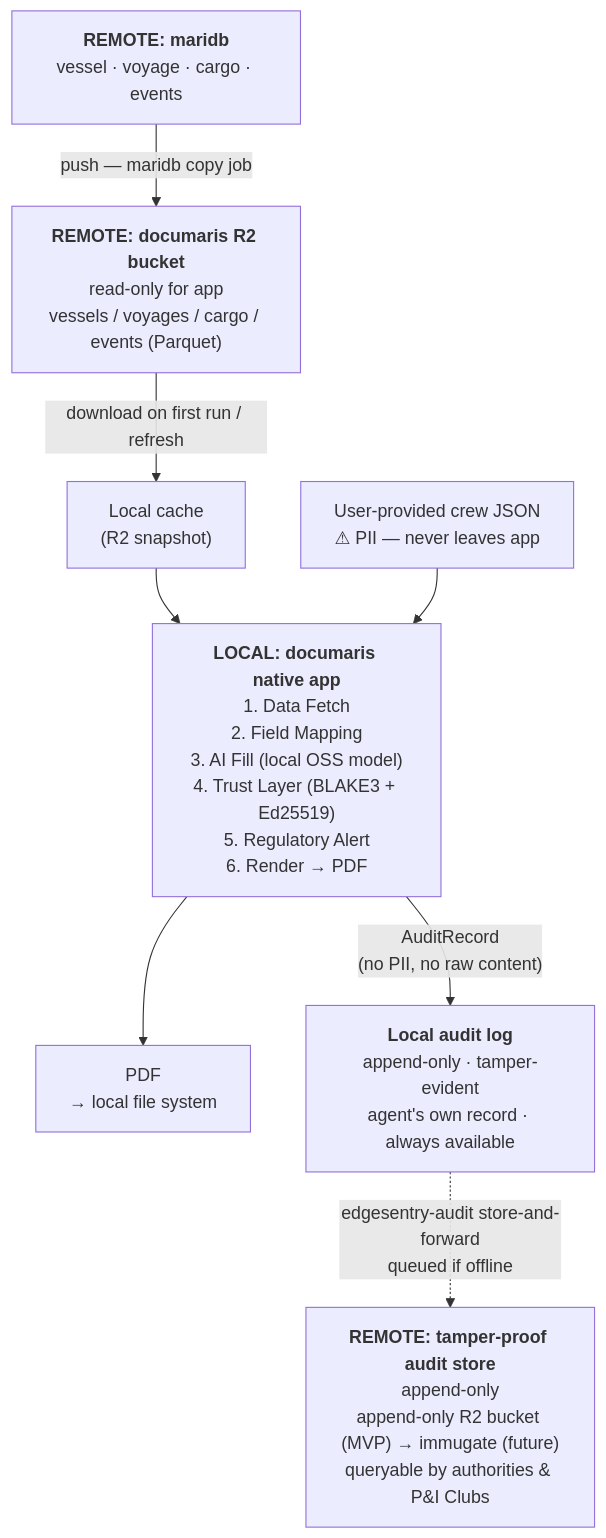
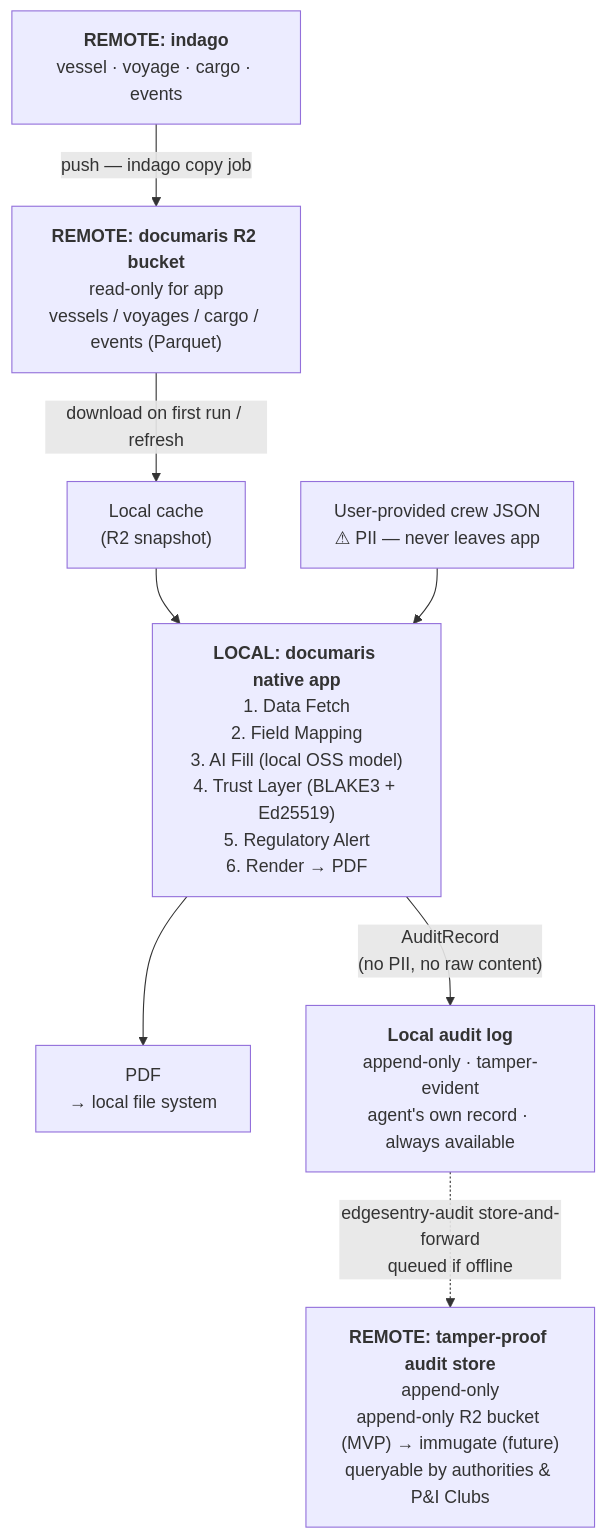
Before and after one commit to edgesentry/documaris: the first of 4 diagrams in docs/ref-architecture.md, drawn with Mermaid. The commit also changed other lines of this file and 11 other files, not shown here.

First line of the commit message:
docs: rename maridb → indago throughout

````diff
--- a/docs/ref-architecture.md
+++ b/docs/ref-architecture.md
@@ -12,19 +12,19 @@
 ```mermaid
 flowchart TD
-    maridb["<b>REMOTE: maridb</b>\nvessel · voyage · cargo · events"]
+    indago["<b>REMOTE: indago</b>\nvessel · voyage · cargo · events"]
     r2["<b>REMOTE: documaris R2 bucket</b>\nread-only for app\nvessels / voyages / cargo / events (Parquet)"]
     cache["Local cache\n(R2 snapshot)"]
     crew["User-provided crew JSON\n⚠ PII — never leaves app"]
     pipeline["<b>LOCAL: documaris native app</b>\n1. Data Fetch\n2. Field Mapping\n3. AI Fill (local OSS model)\n4. Trust Layer (BLAKE3 + Ed25519)\n5. Regulatory Alert\n6. Render → PDF"]
     pdf["PDF\n→ local file system"]
     local_log["<b>Local audit log</b>\nappend-only · tamper-evident\nagent's own record · always available"]
     remote_store["<b>REMOTE: tamper-proof audit store</b>\nappend-only\nappend-only R2 bucket (MVP) → immugate (future)\nqueryable by authorities & P&I Clubs"]
 
-    maridb -->|"push — maridb copy job"| r2
+    indago -->|"push — indago copy job"| r2
     r2 -->|"download on first run / refresh"| cache
     cache --> pipeline
     crew --> pipeline
     pipeline --> pdf
     pipeline -->|"AuditRecord\n(no PII, no raw content)"| local_log
     local_log -.->|"edgesentry-audit store-and-forward\nqueued if offline"| remote_store
 ```
````
